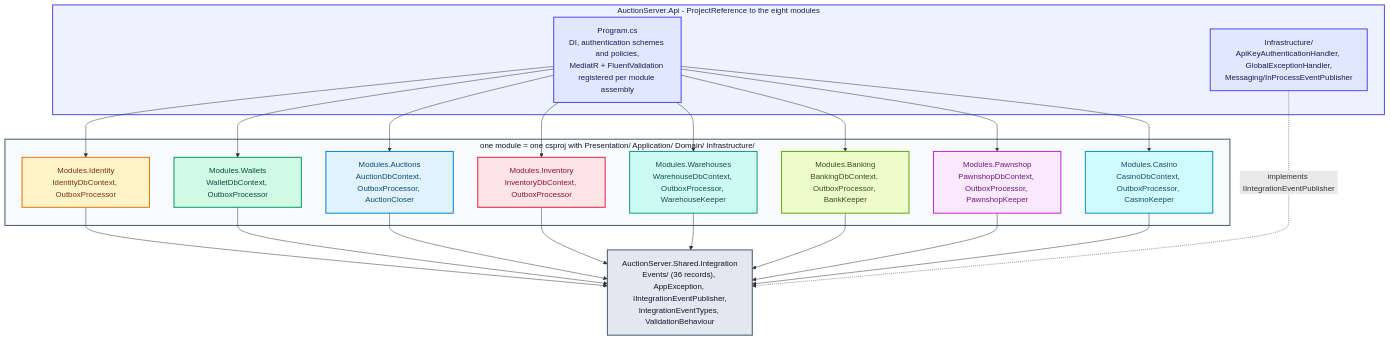
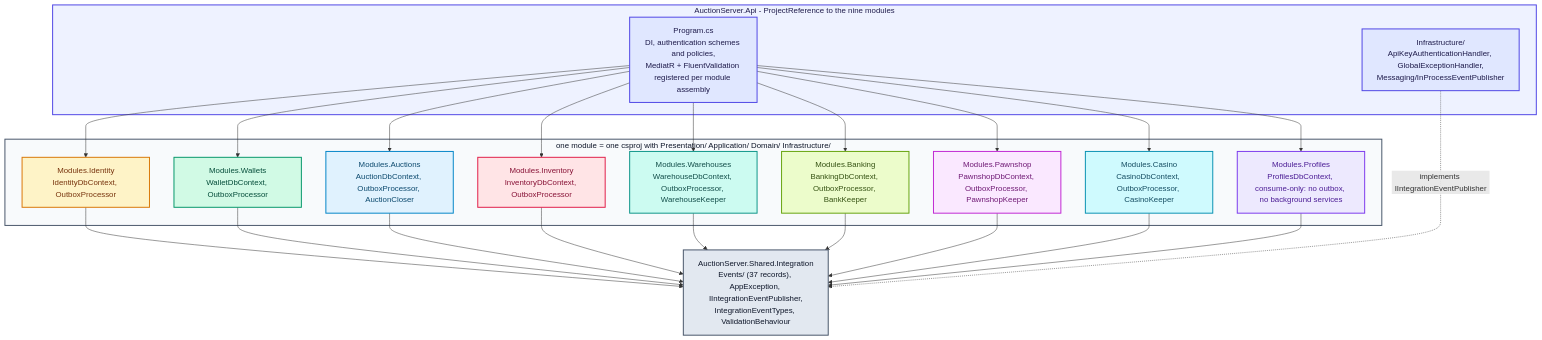
Before and after one commit to Zambrzyckii/Auction: the diagram in docs/diagrams/src/architecture-02-module-layering.mmd, drawn with Mermaid. The commit also changed 42 other files, not shown here.

```diff
--- a/docs/diagrams/src/architecture-02-module-layering.mmd
+++ b/docs/diagrams/src/architecture-02-module-layering.mmd
@@ -1,40 +1,42 @@
 flowchart TB
 
-    subgraph Host ["AuctionServer.Api - ProjectReference to the eight modules"]
+    subgraph Host ["AuctionServer.Api - ProjectReference to the nine modules"]
         Program["Program.cs<br/>DI, authentication schemes and policies,<br/>MediatR + FluentValidation registered per module assembly"]:::host
         ApiInfra["Infrastructure/<br/>ApiKeyAuthenticationHandler, GlobalExceptionHandler,<br/>Messaging/InProcessEventPublisher"]:::host
     end
 
     subgraph Modules ["one module = one csproj with Presentation/ Application/ Domain/ Infrastructure/"]
         Identity["Modules.Identity<br/>IdentityDbContext, OutboxProcessor"]:::identity
         Wallets["Modules.Wallets<br/>WalletDbContext, OutboxProcessor"]:::wallets
         Auctions["Modules.Auctions<br/>AuctionDbContext, OutboxProcessor, AuctionCloser"]:::auctions
         Inventory["Modules.Inventory<br/>InventoryDbContext, OutboxProcessor"]:::inventory
         Warehouses["Modules.Warehouses<br/>WarehouseDbContext, OutboxProcessor, WarehouseKeeper"]:::warehouses
         Banking["Modules.Banking<br/>BankingDbContext, OutboxProcessor, BankKeeper"]:::banking
         Pawnshop["Modules.Pawnshop<br/>PawnshopDbContext, OutboxProcessor, PawnshopKeeper"]:::pawnshop
         Casino["Modules.Casino<br/>CasinoDbContext, OutboxProcessor, CasinoKeeper"]:::casino
+        Profiles["Modules.Profiles<br/>ProfilesDbContext, consume-only: no outbox, no background services"]:::profiles
     end
 
-    Shared["AuctionServer.Shared.Integration<br/>Events/ (36 records), AppException, IIntegrationEventPublisher,<br/>IntegrationEventTypes, ValidationBehaviour"]:::shared
+    Shared["AuctionServer.Shared.Integration<br/>Events/ (37 records), AppException, IIntegrationEventPublisher,<br/>IntegrationEventTypes, ValidationBehaviour"]:::shared
 
-    Program --> Identity & Wallets & Auctions & Inventory & Warehouses & Banking & Pawnshop & Casino
-    Identity & Wallets & Auctions & Inventory & Warehouses & Banking & Pawnshop & Casino --> Shared
+    Program --> Identity & Wallets & Auctions & Inventory & Warehouses & Banking & Pawnshop & Casino & Profiles
+    Identity & Wallets & Auctions & Inventory & Warehouses & Banking & Pawnshop & Casino & Profiles --> Shared
     ApiInfra -.->|"implements IIntegrationEventPublisher"| Shared
 
     style Host fill:#EEF2FF,stroke:#4F46E5,stroke-width:2px,color:#1E1B4B
     style Modules fill:#F8FAFC,stroke:#475569,stroke-width:2px,color:#0F172A
 
     classDef client    fill:#FFEDD5,stroke:#EA580C,stroke-width:2px,color:#7C2D12
     classDef host      fill:#E0E7FF,stroke:#4F46E5,stroke-width:2px,color:#1E1B4B
     classDef identity  fill:#FEF3C7,stroke:#D97706,stroke-width:2px,color:#78350F
     classDef wallets   fill:#D1FAE5,stroke:#059669,stroke-width:2px,color:#064E3B
     classDef auctions  fill:#E0F2FE,stroke:#0284C7,stroke-width:2px,color:#0C4A6E
     classDef inventory fill:#FFE4E6,stroke:#E11D48,stroke-width:2px,color:#881337
     classDef warehouses fill:#CCFBF1,stroke:#0D9488,stroke-width:2px,color:#134E4A
     classDef banking   fill:#ECFCCB,stroke:#65A30D,stroke-width:2px,color:#365314
     classDef pawnshop  fill:#FAE8FF,stroke:#C026D3,stroke-width:2px,color:#701A75
     classDef casino    fill:#CFFAFE,stroke:#0891B2,stroke-width:2px,color:#164E63
+    classDef profiles  fill:#EDE9FE,stroke:#7C3AED,stroke-width:2px,color:#4C1D95
     classDef shared    fill:#E2E8F0,stroke:#475569,stroke-width:2px,color:#0F172A
     classDef planned   fill:#F4F4F5,stroke:#71717A,stroke-width:2px,stroke-dasharray:6 4,color:#27272A
     classDef db        fill:#F3E8FF,stroke:#9333EA,stroke-width:2px,color:#581C87
```
